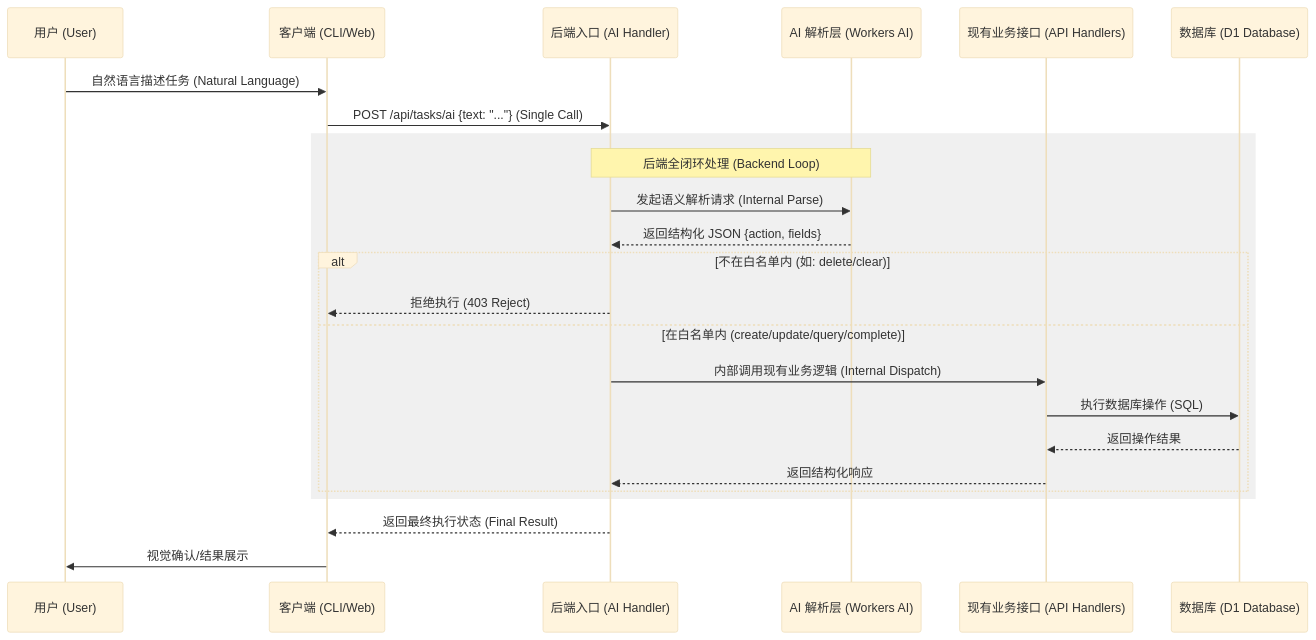
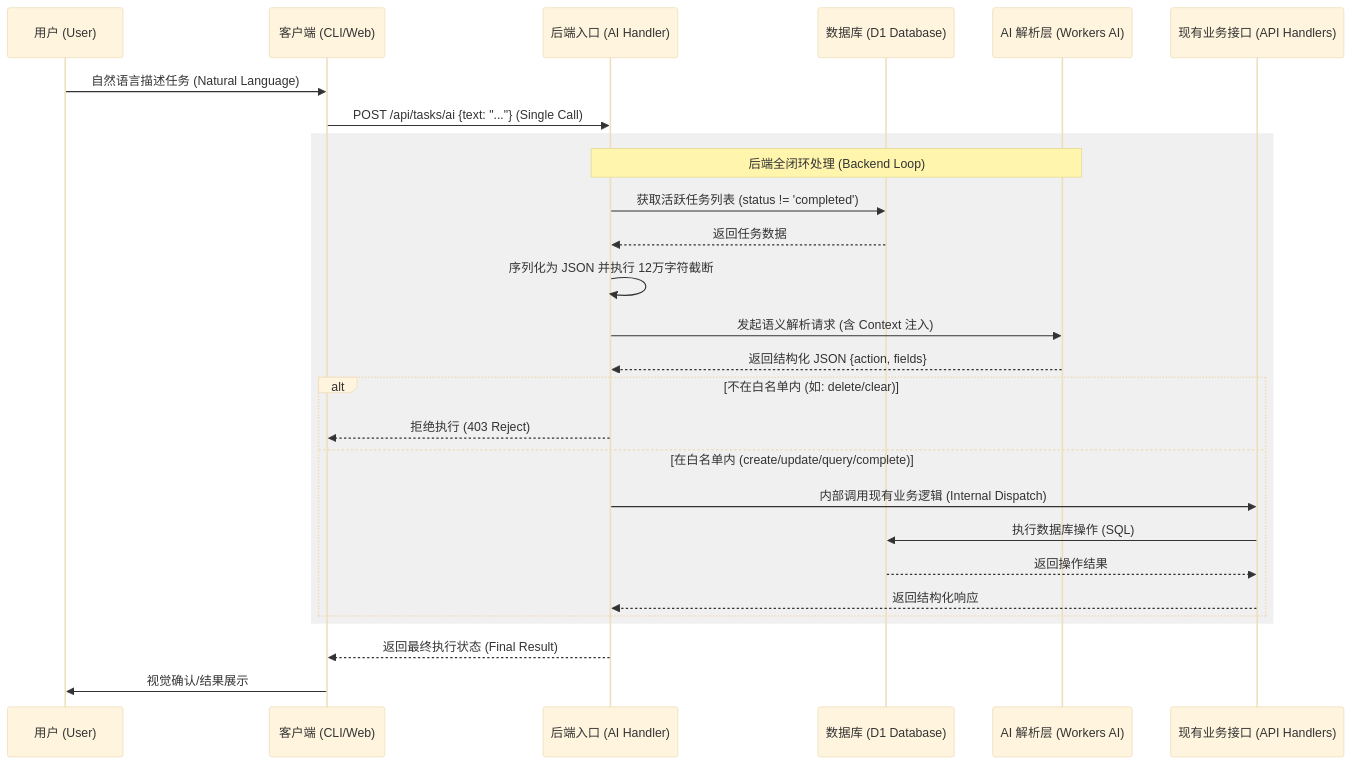
Before and after one commit to gray0128/claw-owner-task: the diagram in docs/AI语义需求说明.md, drawn with Mermaid (base theme). The commit also changed other lines of this file and 5 other files, not shown here.

````diff
--- a/docs/AI语义需求说明.md
+++ b/docs/AI语义需求说明.md
@@ -54,30 +54,33 @@
 ```mermaid
 sequenceDiagram
     participant User as 用户 (User)
     participant Client as 客户端 (CLI/Web)
     participant Worker as 后端入口 (AI Handler)
+    participant DB as 数据库 (D1 Database)
     participant AI as AI 解析层 (Workers AI)
     participant API as 现有业务接口 (API Handlers)
-    participant DB as 数据库 (D1 Database)
 
     User->>Client: 自然语言描述任务 (Natural Language)
     Client->>Worker: POST /api/tasks/ai {text: "..."} (Single Call)
     
     rect rgb(240, 240, 240)
         Note over Worker, AI: 后端全闭环处理 (Backend Loop)
-        Worker->>AI: 发起语义解析请求 (Internal Parse)
+        Worker->>DB: 获取活跃任务列表 (status != 'completed')
+        DB-->>Worker: 返回任务数据
+        Worker->>Worker: 序列化为 JSON 并执行 12万字符截断
+        Worker->>AI: 发起语义解析请求 (含 Context 注入)
         AI-->>Worker: 返回结构化 JSON {action, fields}
         
         alt 不在白名单内 (如: delete/clear)
             Worker-->>Client: 拒绝执行 (403 Reject)
         else 在白名单内 (create/update/query/complete)
             Worker->>API: 内部调用现有业务逻辑 (Internal Dispatch)
             API->>DB: 执行数据库操作 (SQL)
             DB-->>API: 返回操作结果
             API-->>Worker: 返回结构化响应
         end
     end
 
     Worker-->>Client: 返回最终执行状态 (Final Result)
     Client->>User: 视觉确认/结果展示
 ```
````
